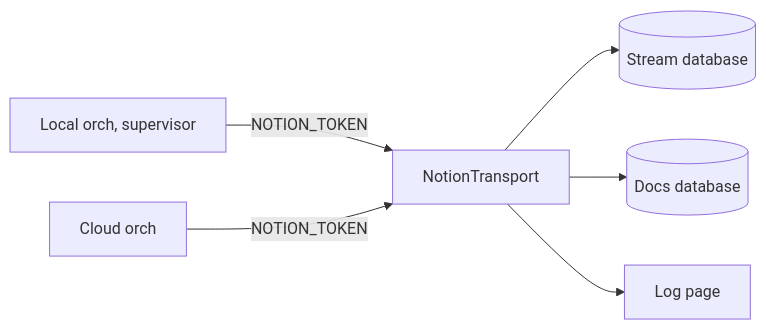
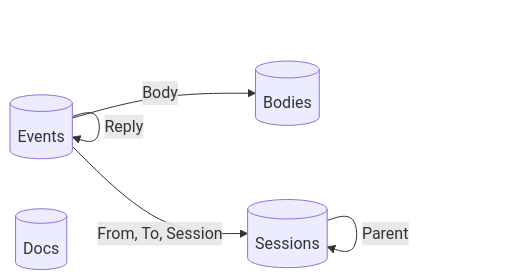
Before and after one commit to MgCohen/playground: the second of 2 diagrams in session-orchestrator/docs/store.md, drawn with Mermaid. The commit also changed other lines of this file and 3 other files, not shown here.

First line of the commit message:
Link the Notion store: Events, Bodies, Sessions, Docs

````diff
--- a/session-orchestrator/docs/store.md
+++ b/session-orchestrator/docs/store.md
@@ -667,8 +667,8 @@
 ```mermaid
 flowchart LR
-    L[Local orch, supervisor] -->|NOTION_TOKEN| T[NotionTransport]
-    C[Cloud orch] -->|NOTION_TOKEN| T
-    T --> S[(Stream database)]
-    T --> D[(Docs database)]
-    T --> G[Log page]
+    E[(Events)] -->|From, To, Session| S[(Sessions)]
+    E -->|Body| B[(Bodies)]
+    E -->|Reply| E
+    S -->|Parent| S
+    D[(Docs)]
 ```
````
